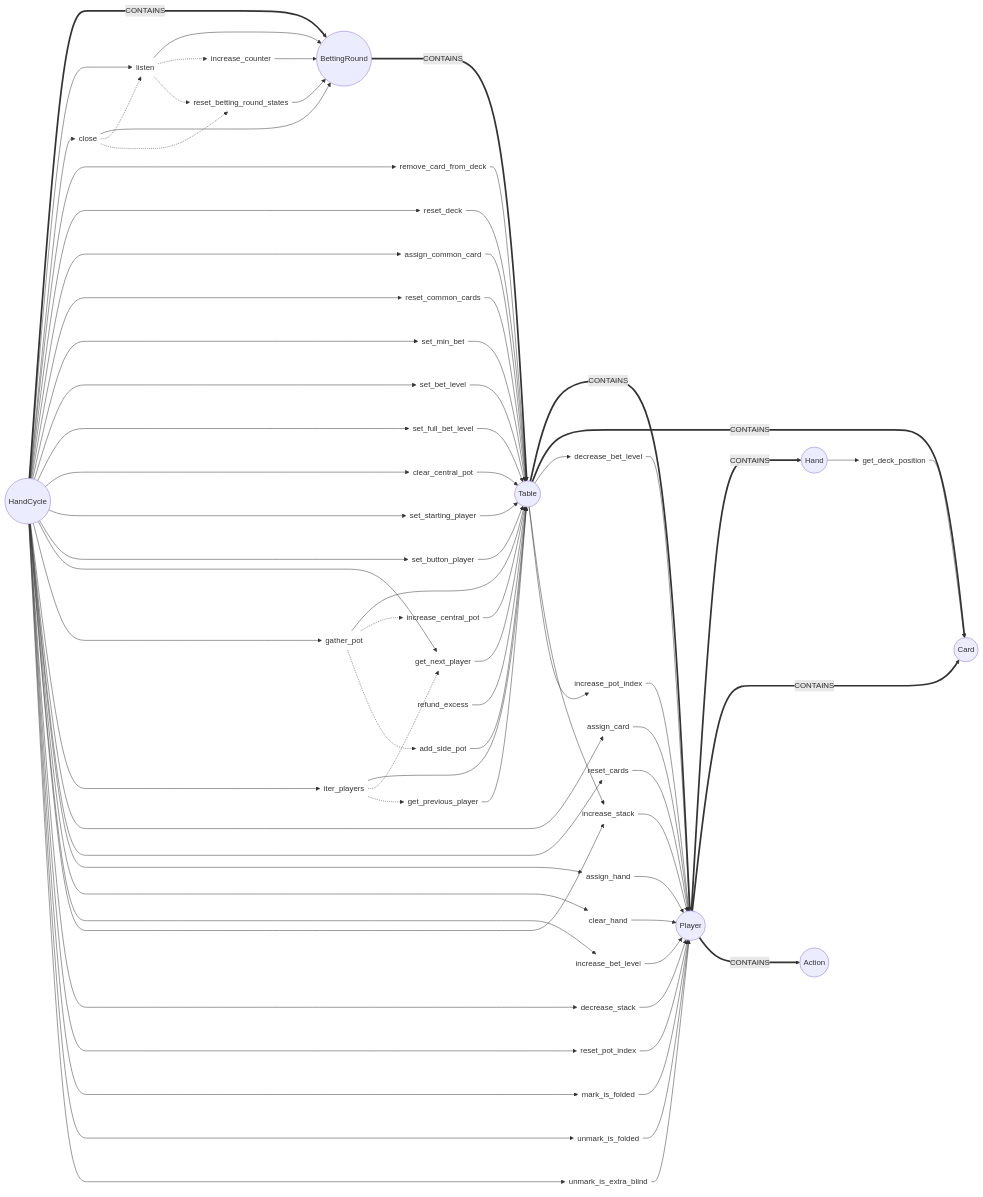
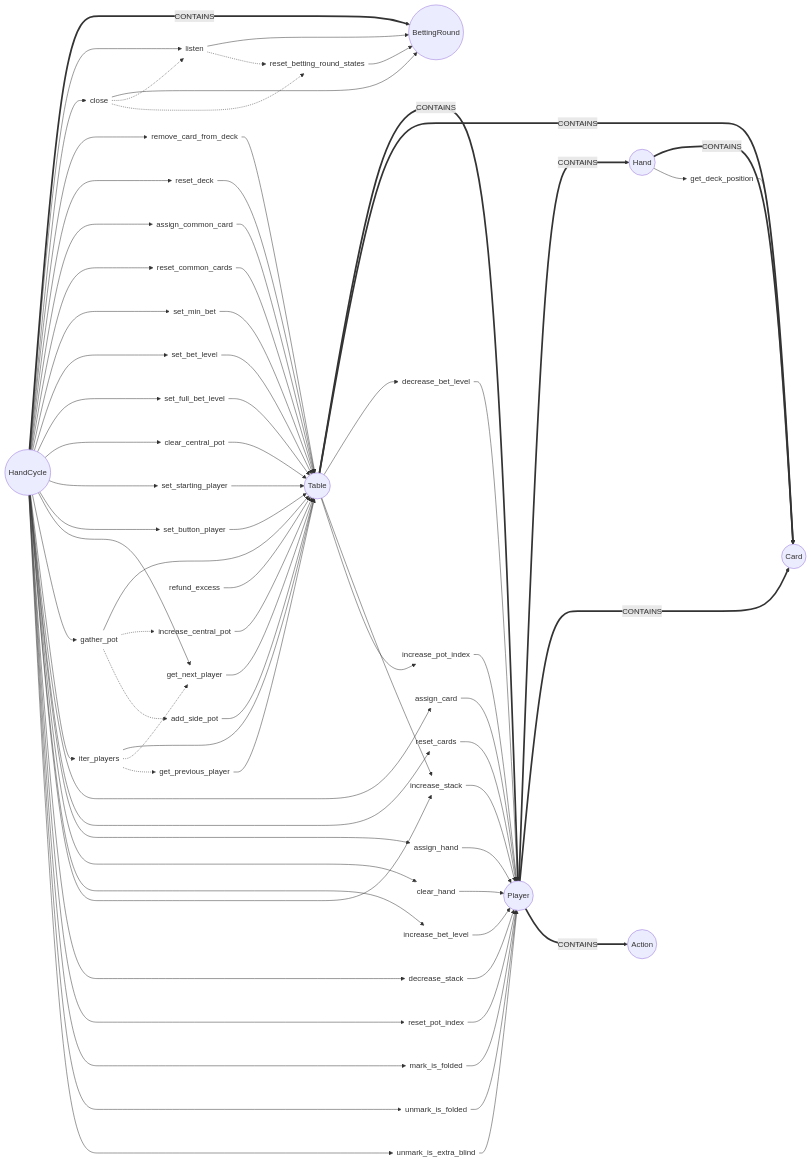
One commit to jorsaland/pokerpy changed the third of 4 diagrams in MODEL.md. Above: the diagram before and after it, drawn with Mermaid. The commit also changed other lines of this file, not shown here.

```diff
--- a/MODEL.md
+++ b/MODEL.md
@@ -253,19 +262,18 @@
     %% Container relations
 
     HC ===> |CONTAINS| BR
-    BR ===> |CONTAINS| T
     T ===> |CONTAINS| P
     T ===> |CONTAINS| Cd
     P ===> |CONTAINS| H
     P ===> |CONTAINS| Cd
     P ===> |CONTAINS| A
+    H ===> |CONTAINS| Cd
 
 
     %% Methods
 
     BR.close(close)@{ shape: text } -->  BR
     BR.listen(listen)@{ shape: text } -->  BR
-    BR.increase_counter(increase_counter)@{ shape: text } -->  BR
     BR.reset_betting_round_states(reset_betting_round_states)@{ shape: text } -->  BR
 
     T.remove_card_from_deck(remove_card_from_deck)@{ shape: text } --> T
@@ -342,7 +350,6 @@
 
     %% Helper method relations
 
-    BR.listen -.-> BR.increase_counter
     BR.listen -.-> BR.reset_betting_round_states
 
     BR.close -.-> BR.listen
```
